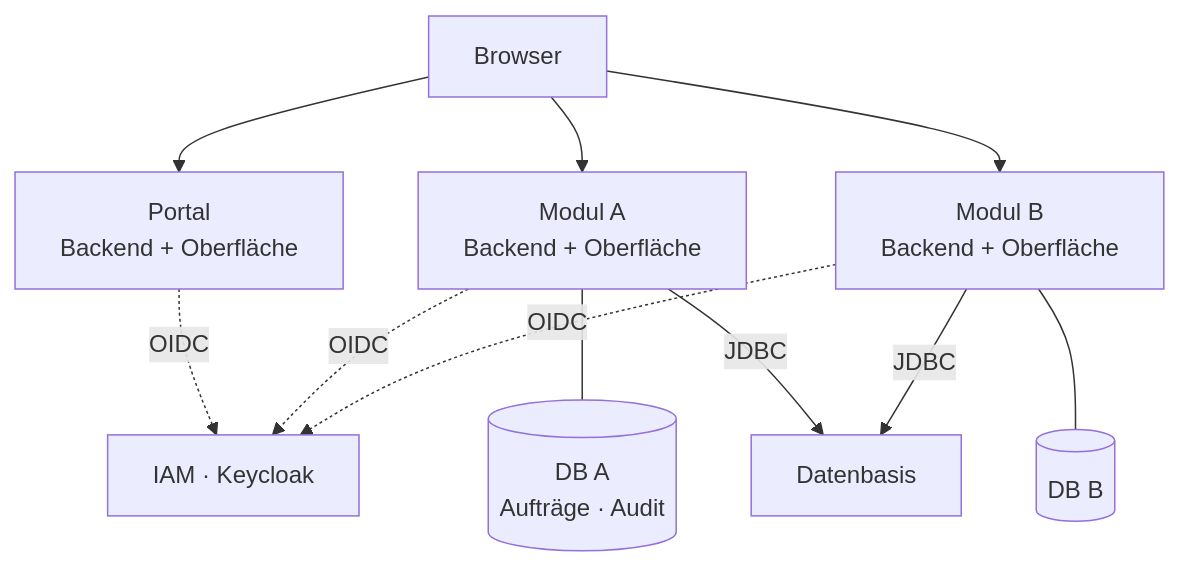
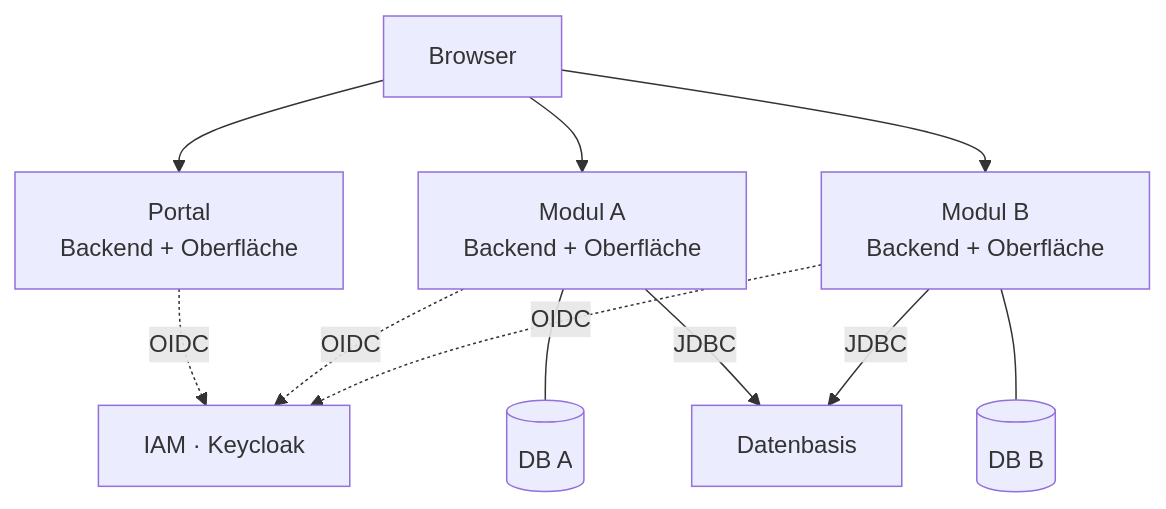
One commit to tiri/reference-architecture changed the fifth of 15 diagrams in arch-docs/README.md. Above: the diagram before and after it, drawn with Mermaid. The commit also changed other lines of this file and 91 other files, not shown here.

````diff
--- a/arch-docs/README.md
+++ b/arch-docs/README.md
@@ -273,14 +251,14 @@
 ```mermaid
 flowchart TB
     B[Browser]
     B --> POR[Portal<br/>Backend + Oberfläche]
     B --> MA[Modul A<br/>Backend + Oberfläche]
     B --> MB[Modul B<br/>Backend + Oberfläche]
-    MA --- ADB[(DB A<br/>Aufträge · Audit)]
+    MA --- ADB[(DB A)]
     MB --- BDB[(DB B)]
     POR -.OIDC.-> IAM[IAM · Keycloak]
     MA -.OIDC.-> IAM
     MB -.OIDC.-> IAM
     MA -->|JDBC| PLAT[Datenbasis]
     MB -->|JDBC| PLAT
 ```
````
